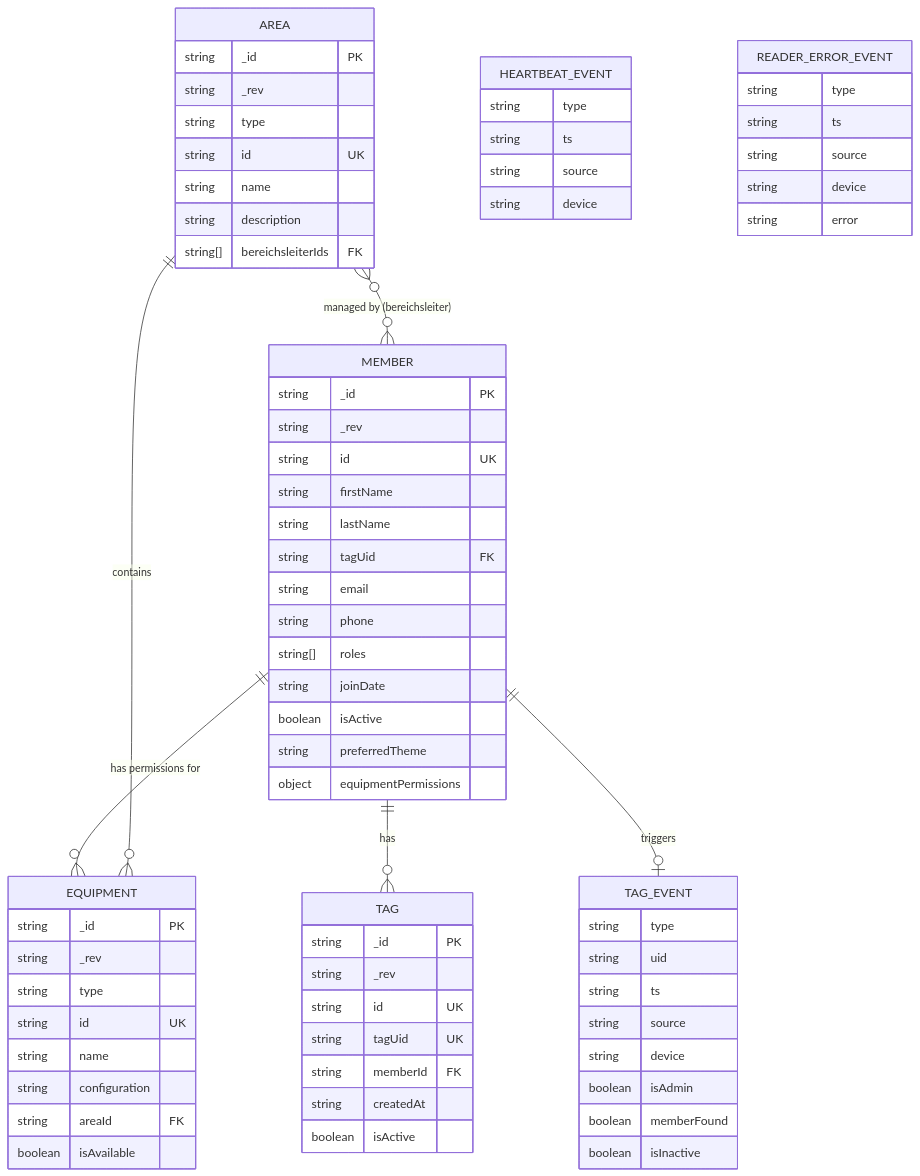
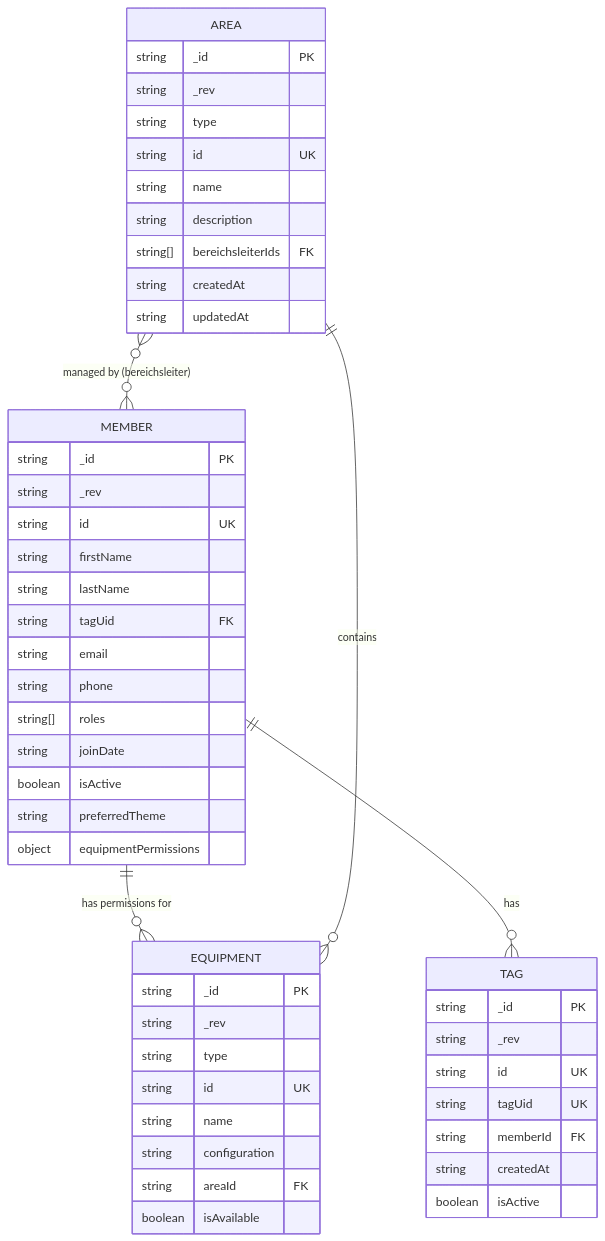
One commit to RoninRage/mks-control changed the diagram in docs/db-diagram.md. Above: the diagram before and after it, drawn with Mermaid. The commit also changed other lines of this file and 3 other files, not shown here.

Commit message:
feat: add createdAt and updatedAt fields to Area model and seed data; update database diagram

````diff
--- a/docs/db-diagram.md
+++ b/docs/db-diagram.md
@@ -5,81 +5,56 @@
 ```mermaid
 erDiagram
     MEMBER {
         string _id PK
         string _rev
         string id UK
         string firstName
         string lastName
         string tagUid FK
         string email
         string phone
         string[] roles
         string joinDate
         boolean isActive
         string preferredTheme
         object equipmentPermissions
     }
 
     TAG {
         string _id PK
         string _rev
         string id UK
         string tagUid UK
         string memberId FK
         string createdAt
         boolean isActive
     }
 
     EQUIPMENT {
         string _id PK
         string _rev
         string type
         string id UK
         string name
         string configuration
         string areaId FK
         boolean isAvailable
     }
 
     AREA {
         string _id PK
         string _rev
         string type
         string id UK
         string name
         string description
         string[] bereichsleiterIds FK
-    }
-
-    TAG_EVENT {
-        string type
-        string uid
-        string ts
-        string source
-        string device
-        boolean isAdmin
-        boolean memberFound
-        boolean isInactive
-    }
-
-    HEARTBEAT_EVENT {
-        string type
-        string ts
-        string source
-        string device
-    }
-
-    READER_ERROR_EVENT {
-        string type
-        string ts
-        string source
-        string device
-        string error
+        string createdAt
+        string updatedAt
     }
 
     MEMBER ||--o{ TAG : "has"
     MEMBER ||--o{ EQUIPMENT : "has permissions for"
     AREA ||--o{ EQUIPMENT : "contains"
     AREA }o--o{ MEMBER : "managed by (bereichsleiter)"
-    MEMBER ||--o| TAG_EVENT : "triggers"
 ```
````
